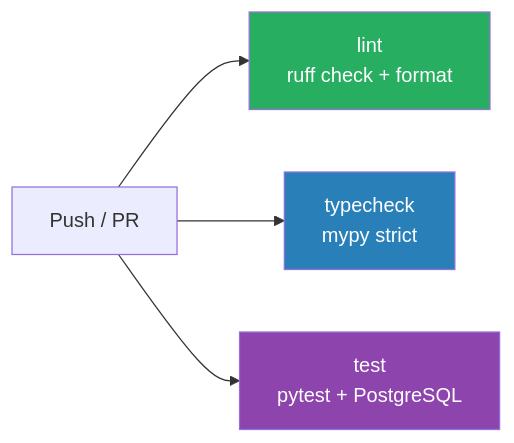
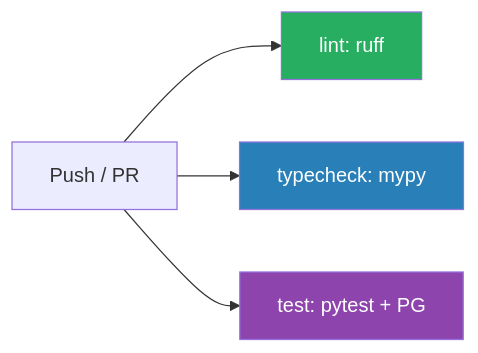
Before and after one commit to dremdem/illuminati: the second of 2 diagrams in docs/project-setup.md, drawn with Mermaid. The commit also changed other lines of this file and 2 other files, not shown here.

Commit message:
fix: shorten Mermaid diagram labels to prevent text truncation
Remove <br/> multiline labels and long descriptions from Mermaid nodes.
GitHub renders these in fixed-width boxes that clip long text.
Moved detailed descriptions into companion tables instead.

````diff
--- a/docs/project-setup.md
+++ b/docs/project-setup.md
@@ -177,10 +177,10 @@
 ```mermaid
 graph LR
-    T[Push / PR] --> L[lint<br/>ruff check + format]
-    T --> TC[typecheck<br/>mypy strict]
-    T --> TE[test<br/>pytest + PostgreSQL]
+    T[Push / PR] --> L["lint: ruff"]
+    T --> TC["typecheck: mypy"]
+    T --> TE["test: pytest + PG"]
 
     style L fill:#27ae60,color:#fff
     style TC fill:#2980b9,color:#fff
     style TE fill:#8e44ad,color:#fff
 ```
````
